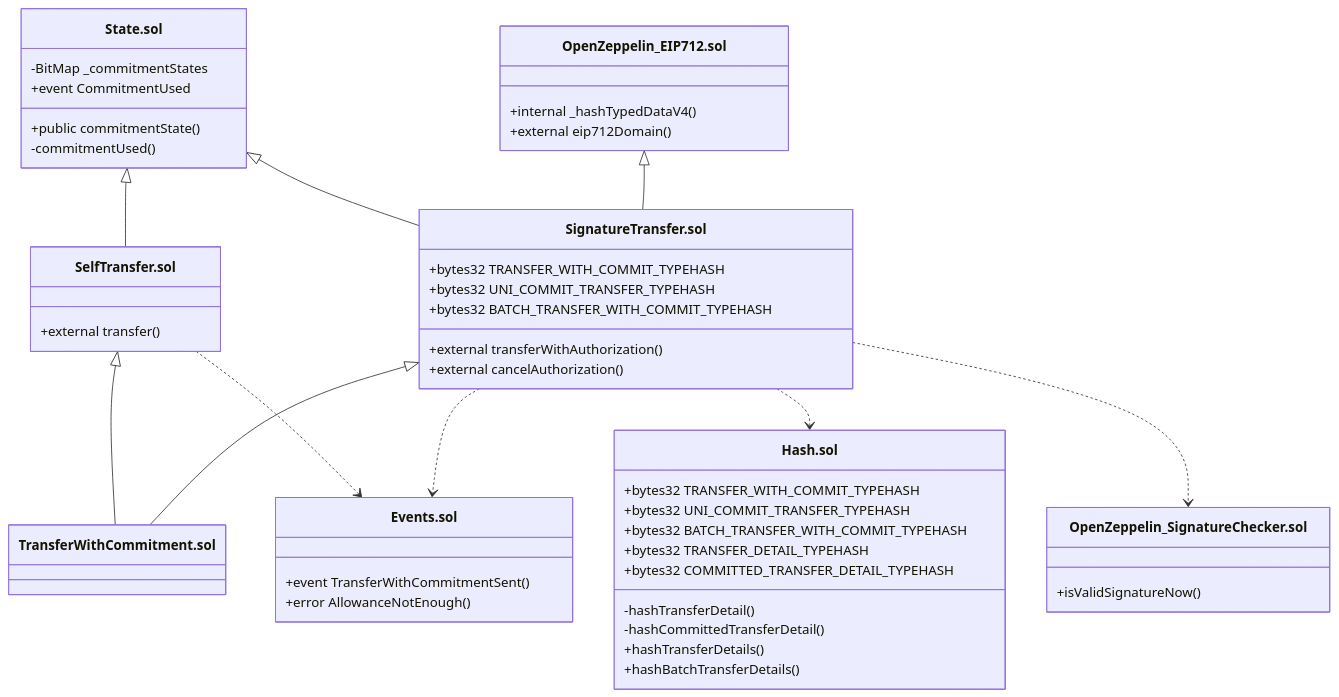
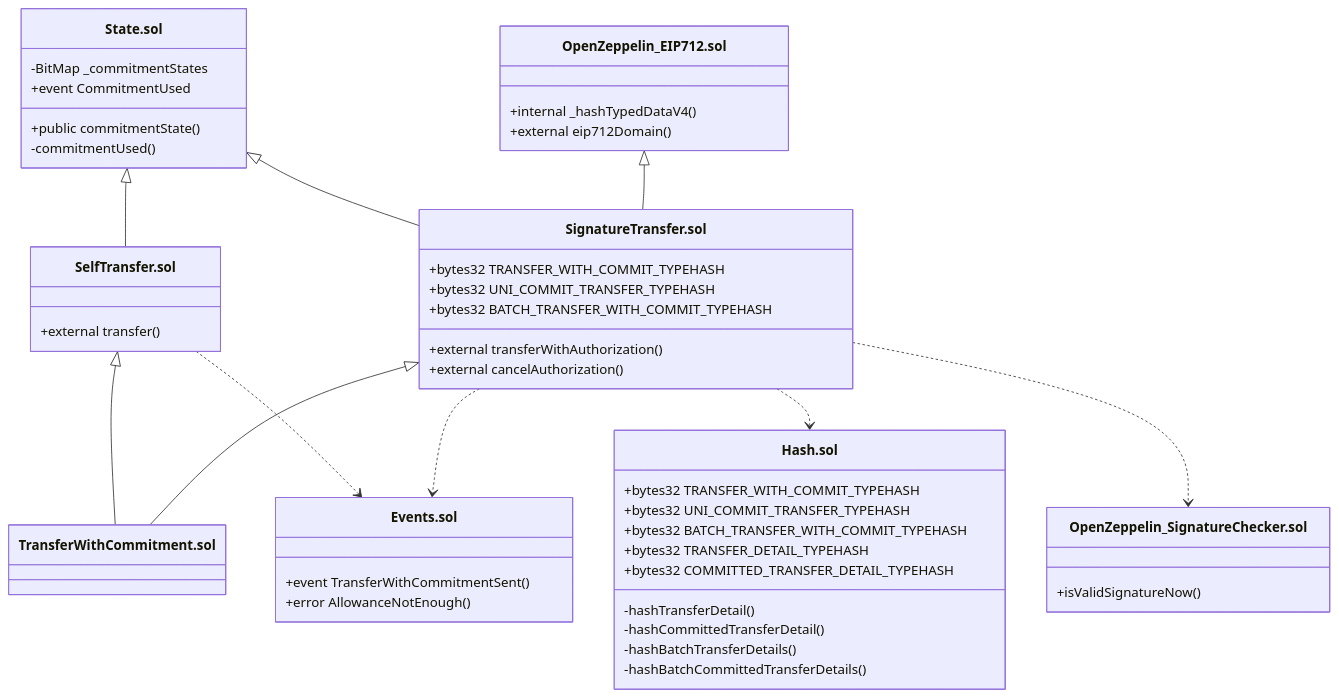
The diagram in contracts/SPEC.md (Bunsan-Pay/TransferWithCommitment), drawn with Mermaid before and after one commit. The commit also changed other lines of this file and 240 other files, not shown here.

````diff
--- a/contracts/SPEC.md
+++ b/contracts/SPEC.md
@@ -7,50 +7,50 @@
 ```mermaid
 classDiagram
     SelfTransfer.sol <|-- TransferWithCommitment.sol
     SignatureTransfer.sol <|-- TransferWithCommitment.sol
     State.sol <|-- SelfTransfer.sol
     State.sol <|-- SignatureTransfer.sol
     SelfTransfer.sol ..> Events.sol
     SignatureTransfer.sol ..> Events.sol
     OpenZeppelin_EIP712.sol <|-- SignatureTransfer.sol
     SignatureTransfer.sol ..> Hash.sol
     SignatureTransfer.sol ..> OpenZeppelin_SignatureChecker.sol
     class SelfTransfer.sol{
       +external transfer()
     }
     class SignatureTransfer.sol{
         +bytes32 TRANSFER_WITH_COMMIT_TYPEHASH
         +bytes32 UNI_COMMIT_TRANSFER_TYPEHASH
         +bytes32 BATCH_TRANSFER_WITH_COMMIT_TYPEHASH
         +external transferWithAuthorization()
         +external cancelAuthorization()
     }
     class State.sol{
         -BitMap _commitmentStates
         +public commitmentState()
         +event CommitmentUsed
         -commitmentUsed()
     }
     class Events.sol{
         +event TransferWithCommitmentSent()
         +error AllowanceNotEnough()
     }
     class OpenZeppelin_EIP712.sol{
         +internal _hashTypedDataV4()
         +external eip712Domain()
     }
     class Hash.sol{
         +bytes32 TRANSFER_WITH_COMMIT_TYPEHASH
         +bytes32 UNI_COMMIT_TRANSFER_TYPEHASH
         +bytes32 BATCH_TRANSFER_WITH_COMMIT_TYPEHASH
         +bytes32 TRANSFER_DETAIL_TYPEHASH
         +bytes32 COMMITTED_TRANSFER_DETAIL_TYPEHASH
         -hashTransferDetail()
         -hashCommittedTransferDetail()
-        +hashTransferDetails()
-        +hashBatchTransferDetails()
+        -hashBatchTransferDetails()
+        -hashBatchCommittedTransferDetails()
     }
     class OpenZeppelin_SignatureChecker.sol{
         +isValidSignatureNow()
     }
 ```
````
